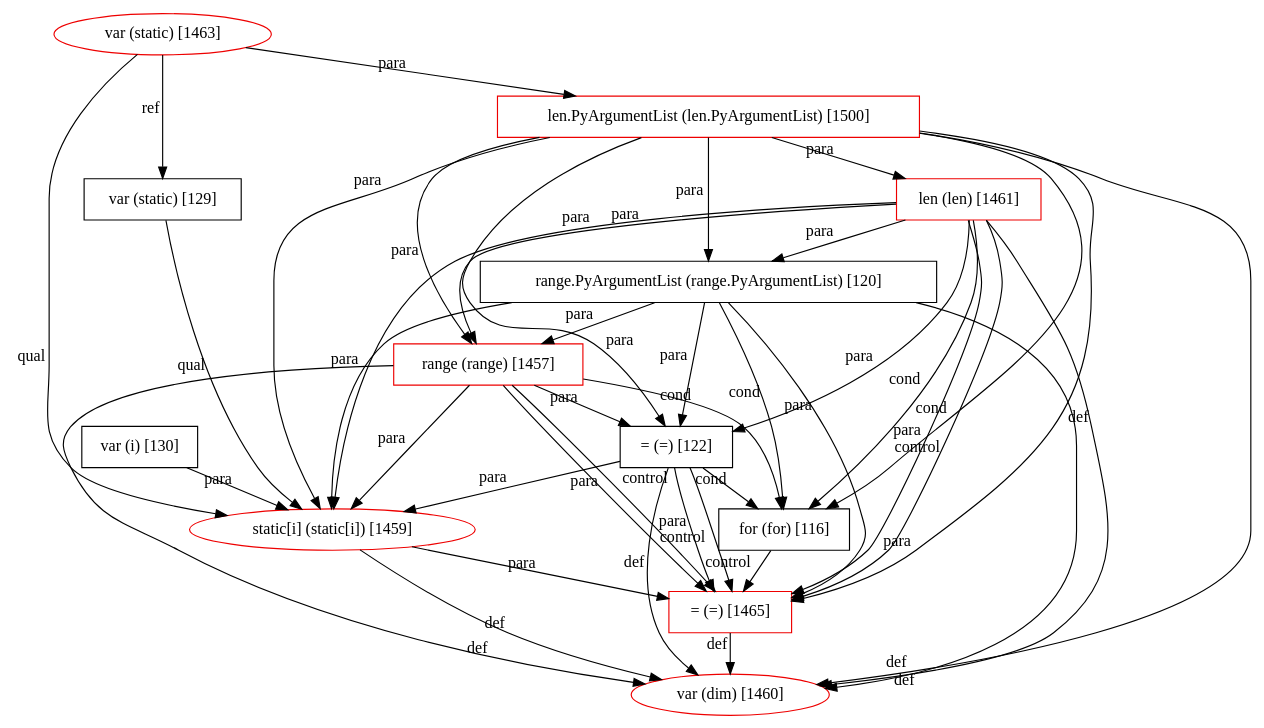
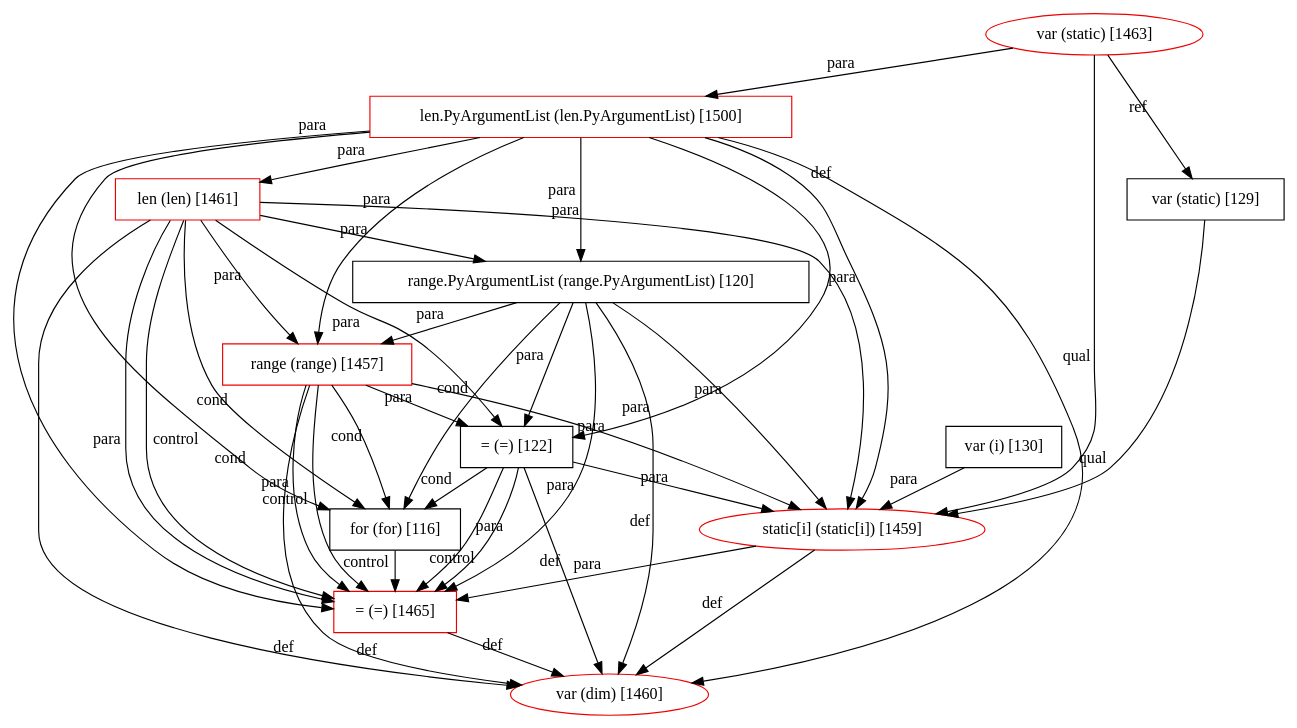
The diagram in plugin/src/main/resources/patterns/9/graph.dot (JetBrains-Research/revizor), drawn with Graphviz before and after one commit. The commit also changed other lines of this file and 21 other files, not shown here.

Commit message:
Implement new PatternsStorage Fix actions.json and graph.dot for all patterns Fix some NPE bugs ! Bug with labels_groups is still exists !

```diff
--- a/plugin/src/main/resources/patterns/9/graph.dot
+++ b/plugin/src/main/resources/patterns/9/graph.dot
@@ -1,56 +1,56 @@
 digraph G {
   1457 [ metadata="" color="red2" shape="box" label="range (range) [1457]" ];
   1461 [ metadata="" color="red2" shape="box" label="len (len) [1461]" ];
   1465 [ metadata="" color="red2" shape="box" label="= (=) [1465]" ];
   1460 [ metadata="" color="red2" shape="ellipse" label="var (dim) [1460]" ];
   1463 [ metadata="" color="red2" shape="ellipse" label="var (static) [1463]" ];
   1500 [ metadata="" color="red2" shape="box" label="len.PyArgumentList (len.PyArgumentList) [1500]" ];
   1459 [ metadata="" color="red2" shape="ellipse" label="static[i] (static[i]) [1459]" ];
   122 [ metadata="hanger" color="null" shape="null" label="= (=) [122]" ];
+  120 [ metadata="hanger" color="null" shape="null" label="range.PyArgumentList (range.PyArgumentList) [120]" ];
   116 [ metadata="hanger" color="null" shape="null" label="for (for) [116]" ];
   130 [ metadata="hanger" color="null" shape="null" label="var (i) [130]" ];
   129 [ metadata="hanger" color="null" shape="null" label="var (static) [129]" ];
-  120 [ metadata="hanger" color="null" shape="null" label="range.PyArgumentList (range.PyArgumentList) [120]" ];
   1457 -> 1465 [ from_closure="true" xlabel="para" ];
   1457 -> 1465 [ from_closure="true" xlabel="control" ];
   1457 -> 1460 [ from_closure="true" xlabel="def" ];
   1457 -> 1459 [ from_closure="true" xlabel="para" ];
   1461 -> 1457 [ from_closure="false" xlabel="para" ];
   1461 -> 1465 [ from_closure="true" xlabel="para" ];
   1461 -> 1465 [ from_closure="true" xlabel="control" ];
   1461 -> 1460 [ from_closure="true" xlabel="def" ];
   1461 -> 1459 [ from_closure="true" xlabel="para" ];
   1465 -> 1460 [ from_closure="false" xlabel="def" ];
   1463 -> 1500 [ from_closure="true" xlabel="para" ];
   1463 -> 1459 [ from_closure="true" xlabel="qual" ];
   1500 -> 1461 [ from_closure="false" xlabel="para" ];
   1500 -> 1457 [ from_closure="false" xlabel="para" ];
   1500 -> 1465 [ from_closure="false" xlabel="para" ];
   1500 -> 1459 [ from_closure="false" xlabel="para" ];
   1500 -> 1460 [ from_closure="false" xlabel="def" ];
   1459 -> 1460 [ from_closure="false" xlabel="def" ];
   1459 -> 1465 [ from_closure="false" xlabel="para" ];
+  1461 -> 122 [ from_closure="true" xlabel="para" ];
   1457 -> 122 [ from_closure="false" xlabel="para" ];
   1500 -> 122 [ from_closure="true" xlabel="para" ];
-  1461 -> 122 [ from_closure="true" xlabel="para" ];
-  122 -> 1459 [ from_closure="true" xlabel="para" ];
   122 -> 1465 [ from_closure="true" xlabel="para" ];
   122 -> 1465 [ from_closure="true" xlabel="control" ];
   122 -> 1460 [ from_closure="true" xlabel="def" ];
+  122 -> 1459 [ from_closure="true" xlabel="para" ];
+  1461 -> 120 [ from_closure="false" xlabel="para" ];
+  1500 -> 120 [ from_closure="true" xlabel="para" ];
+  120 -> 1457 [ from_closure="false" xlabel="para" ];
+  120 -> 1465 [ from_closure="true" xlabel="para" ];
+  120 -> 1459 [ from_closure="true" xlabel="para" ];
+  120 -> 1460 [ from_closure="true" xlabel="def" ];
+  120 -> 122 [ from_closure="true" xlabel="para" ];
+  1461 -> 116 [ from_closure="true" xlabel="cond" ];
+  120 -> 116 [ from_closure="true" xlabel="cond" ];
+  1457 -> 116 [ from_closure="false" xlabel="cond" ];
   122 -> 116 [ from_closure="false" xlabel="cond" ];
-  1457 -> 116 [ from_closure="false" xlabel="cond" ];
   1500 -> 116 [ from_closure="true" xlabel="cond" ];
-  1461 -> 116 [ from_closure="true" xlabel="cond" ];
   116 -> 1465 [ from_closure="false" xlabel="control" ];
   130 -> 1459 [ from_closure="false" xlabel="para" ];
   1463 -> 129 [ from_closure="false" xlabel="ref" ];
   129 -> 1459 [ from_closure="false" xlabel="qual" ];
-  1500 -> 120 [ from_closure="true" xlabel="para" ];
-  1461 -> 120 [ from_closure="false" xlabel="para" ];
-  120 -> 1459 [ from_closure="true" xlabel="para" ];
-  120 -> 1457 [ from_closure="false" xlabel="para" ];
-  120 -> 1460 [ from_closure="true" xlabel="def" ];
-  120 -> 122 [ from_closure="true" xlabel="para" ];
-  120 -> 1465 [ from_closure="true" xlabel="para" ];
-  120 -> 116 [ from_closure="true" xlabel="cond" ];
 }
```
